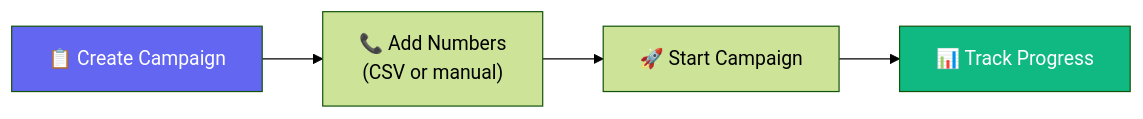
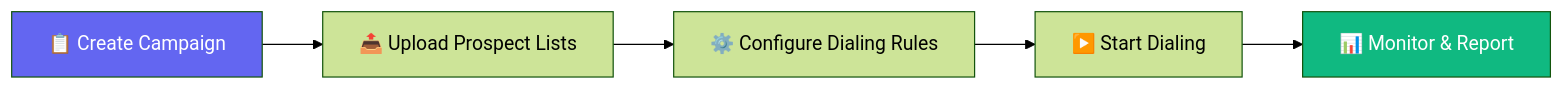
The first of 2 diagrams in user-guide/campaigns.mdx (manashk/mintlify-docs), drawn with Mermaid (forest theme) before and after one commit. The commit also changed other lines of this file and 13 other files, not shown here.

````diff
--- a/user-guide/campaigns.mdx
+++ b/user-guide/campaigns.mdx
@@ -14,9 +23,10 @@
 ```mermaid
 flowchart LR
-    A["📋 Create Campaign"] --> B["📞 Add Numbers\n(CSV or manual)"]
-    B --> C["🚀 Start Campaign"]
-    C --> D["📊 Track Progress"]
-    
+    A["📋 Create Campaign"] --> B["📤 Upload Prospect Lists"]
+    B --> C["⚙️ Configure Dialing Rules"]
+    C --> D["▶️ Start Dialing"]
+    D --> E["📊 Monitor & Report"]
+
     style A fill:#6366F1,color:#fff
-    style D fill:#10B981,color:#fff
+    style E fill:#10B981,color:#fff
 ```
````
